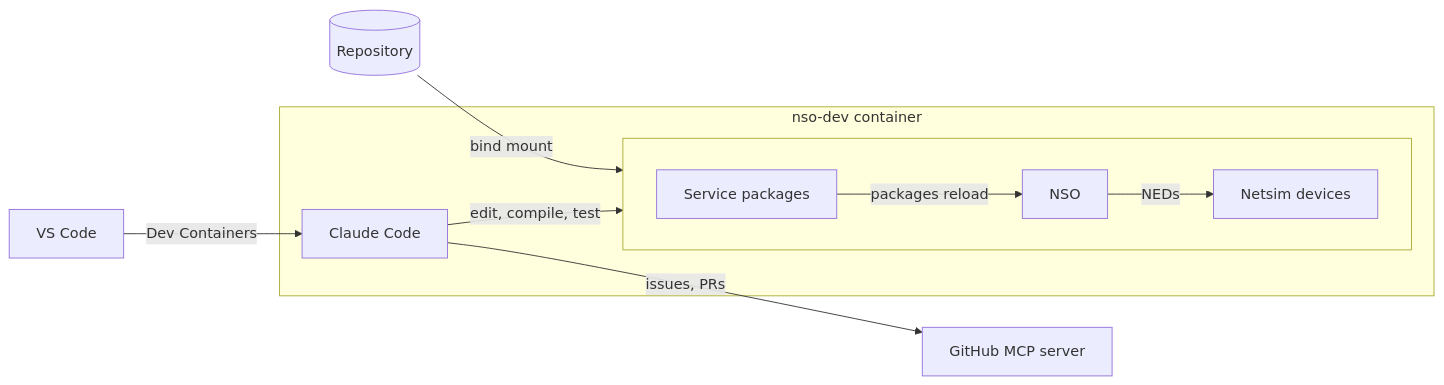
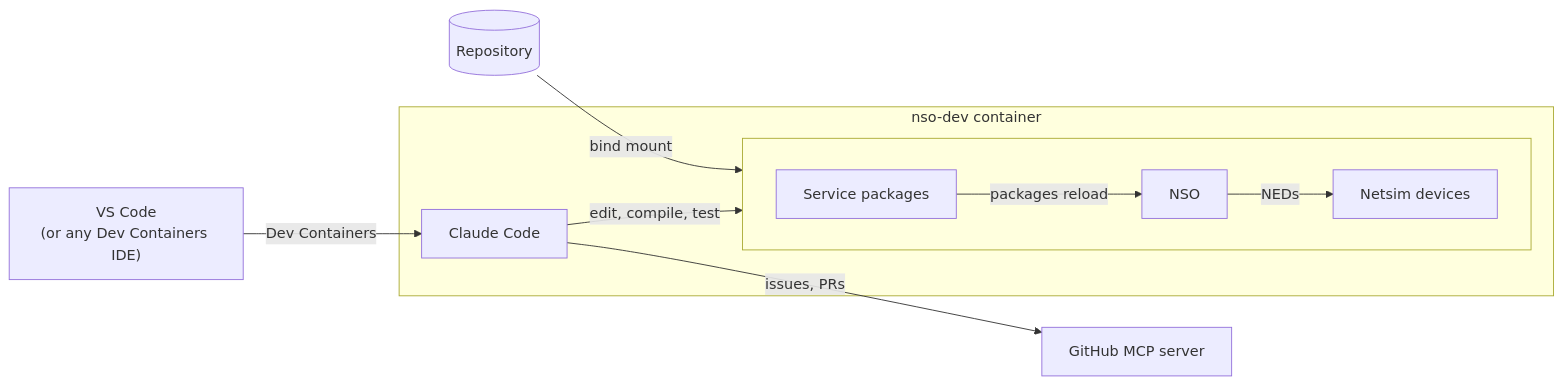
One commit to ponchotitlan/netops-ai-dev-environment changed the first of 2 diagrams in README.md. Above: the diagram before and after it, drawn with Mermaid. The commit also changed other lines of this file and 1 other file, not shown here.

Commit message:
feat(agnostic): devcontainer is not exclusive of VS Code anymore. It can be triggered by different IDEs

````diff
--- a/README.md
+++ b/README.md
@@ -57,16 +57,16 @@
 ```mermaid
 flowchart LR
-    vscode["VS Code"] -- "Dev Containers" --> claude
+    vscode["VS Code<br/>(or any Dev Containers IDE)"] -- "Dev Containers" --> claude
     repo[("Repository")] -- "bind mount" --> runtime
 
     subgraph container["nso-dev container"]
         claude["Claude Code"] -- "edit, compile, test" --> runtime
         subgraph runtime[" "]
             direction LR
             packages["Service packages"] -- "packages reload" --> nso["NSO"]
             nso -- "NEDs" --> netsims["Netsim devices"]
         end
     end
 
     claude -- "issues, PRs" --> github["GitHub MCP server"]
 ```
````
